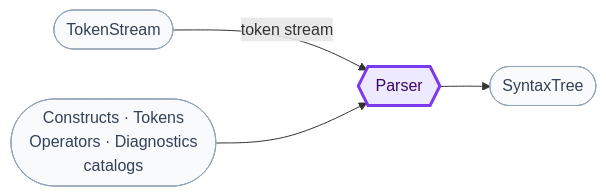
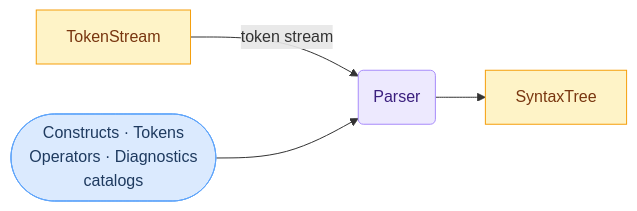
Before and after one commit to sfalik/Precept: the third of 9 diagrams in docs/compiler-and-runtime-design.md, drawn with Mermaid. The commit also changed other lines of this file, not shown here.

Commit message:
docs: align §4–§11 diagram shapes and colors with §3 overview

````diff
--- a/docs/compiler-and-runtime-design.md
+++ b/docs/compiler-and-runtime-design.md
@@ -176,14 +177,15 @@
 ```mermaid
 flowchart LR
-    classDef data fill:#f8fafc,stroke:#94a3b8,color:#334155
-    classDef stage fill:#ede9fe,stroke:#7c3aed,stroke-width:3px,color:#3b0764
+    classDef input fill:#dbeafe,stroke:#60a5fa,color:#1e3a5f
+    classDef stage fill:#ede9fe,stroke:#a78bfa,color:#3b1f7e
+    classDef artifact fill:#fef3c7,stroke:#f59e0b,color:#78350f
 
-    TS(["TokenStream"]):::data
-    CAT(["Constructs · Tokens\nOperators · Diagnostics\ncatalogs"]):::data
-    PAR{{"Parser"}}:::stage
-    OUT(["SyntaxTree"]):::data
+    TS[TokenStream]:::artifact
+    CAT([Constructs · Tokens\nOperators · Diagnostics\ncatalogs]):::input
+    PAR(Parser):::stage
+    OUT[SyntaxTree]:::artifact
 
     TS -->|"token stream"| PAR
     CAT --> PAR
     PAR --> OUT
 ```
````
